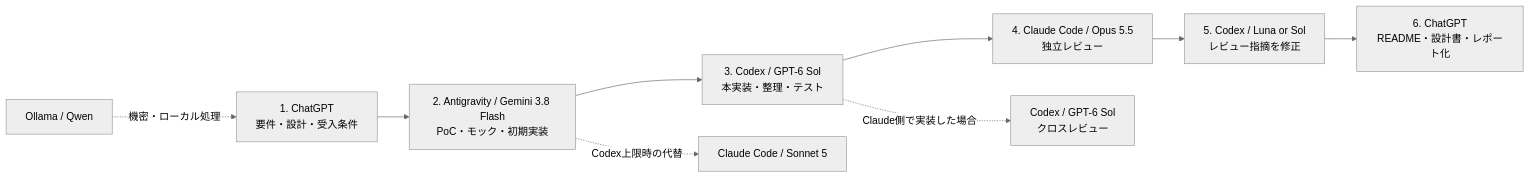
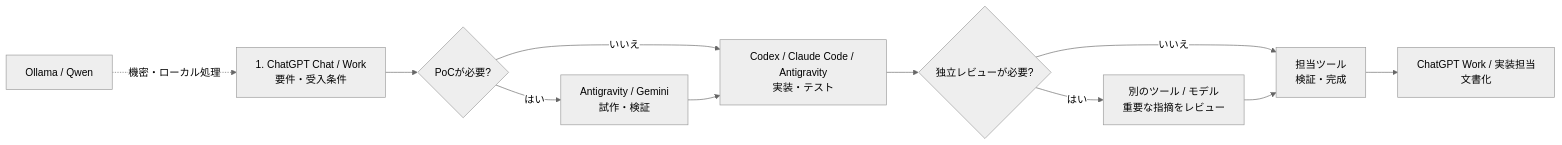
One commit to moruku36/multi-ai-workflow changed the diagram in README.md. Above: the diagram before and after it, drawn with Mermaid (neutral theme). The commit also changed other lines of this file and 2 other files, not shown here.

Commit message:
docs: clarify ChatGPT, Claude Code and Gemini routing

````diff
--- a/README.md
+++ b/README.md
@@ -38,12 +41,14 @@
 ```mermaid
 flowchart LR
-    A["1. ChatGPT<br/>要件・設計・受入条件"] --> B["2. Antigravity / Gemini 3.8 Flash<br/>PoC・モック・初期実装"]
-    B --> C["3. Codex / GPT-6 Sol<br/>本実装・整理・テスト"]
-    C --> D["4. Claude Code / Opus 5.5<br/>独立レビュー"]
-    D --> E["5. Codex / Luna or Sol<br/>レビュー指摘を修正"]
-    E --> F["6. ChatGPT<br/>README・設計書・レポート化"]
+    A["1. ChatGPT Chat / Work<br/>要件・受入条件"] --> B{"PoCが必要?"}
+    B -->|はい| P["Antigravity / Gemini<br/>試作・検証"]
+    B -->|いいえ| C["Codex / Claude Code / Antigravity<br/>実装・テスト"]
+    P --> C
+    C --> D{"独立レビューが必要?"}
+    D -->|はい| R["別のツール / モデル<br/>重要な指摘をレビュー"]
+    D -->|いいえ| E["担当ツール<br/>検証・完成"]
+    R --> E
+    E --> F["ChatGPT Work / 実装担当<br/>文書化"]
 
-    B -. "Codex上限時の代替" .-> G["Claude Code / Sonnet 5"]
-    C -. "Claude側で実装した場合" .-> H["Codex / GPT-6 Sol<br/>クロスレビュー"]
     I["Ollama / Qwen"] -. "機密・ローカル処理" .-> A
 ```
````
